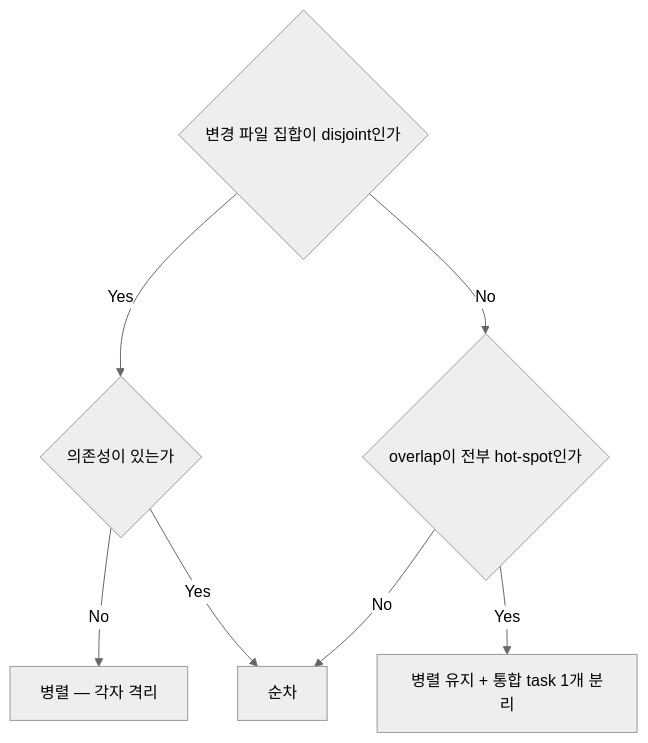
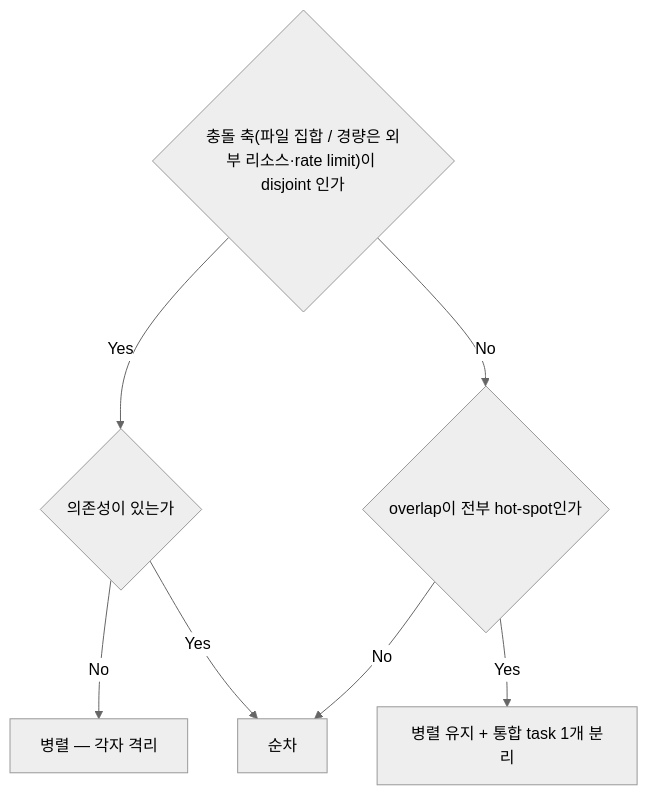
Before and after one commit to kys0213/kys-claude-plugin: the third of 8 diagrams in plugins/atelier/skills/orchestrator/references/dispatch-planning.md, drawn with Mermaid (neutral theme). The commit also changed other lines of this file, not shown here.

First line of the commit message:
docs(atelier): close dispatch-planning graph gaps

````diff
--- a/plugins/atelier/skills/orchestrator/references/dispatch-planning.md
+++ b/plugins/atelier/skills/orchestrator/references/dispatch-planning.md
@@ -72,9 +72,9 @@
 ```mermaid
 flowchart TD
-  D14_q1{"변경 파일 집합이 disjoint인가"} -->|Yes| D14_q2{"의존성이 있는가"}
+  D14_q1{"충돌 축(파일 집합 / 경량은 외부 리소스·rate limit)이 disjoint 인가"} -->|Yes| D14_q2{"의존성이 있는가"}
   D14_q1 -->|No| D14_q3{"overlap이 전부 hot-spot인가"}
   D14_q2 -->|No| D14_t1["병렬 — 각자 격리"]
   D14_q2 -->|Yes| D14_t2["순차"]
   D14_q3 -->|Yes| D14_t3["병렬 유지 + 통합 task 1개 분리"]
   D14_q3 -->|No| D14_t2
 ```
````
